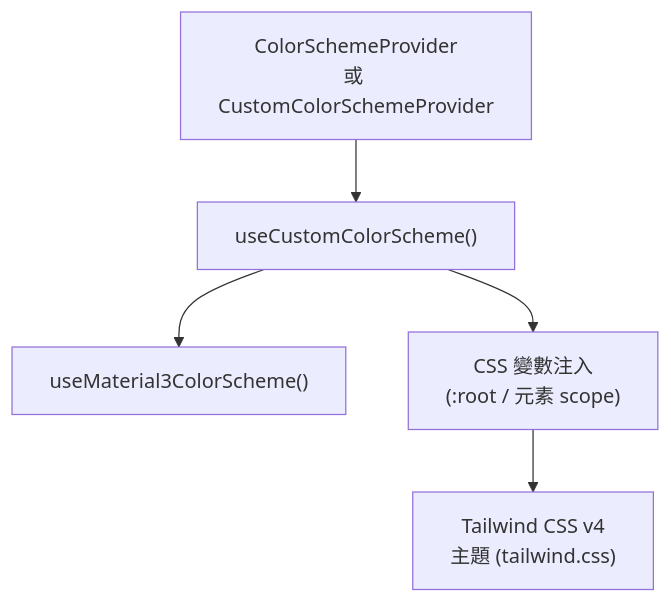
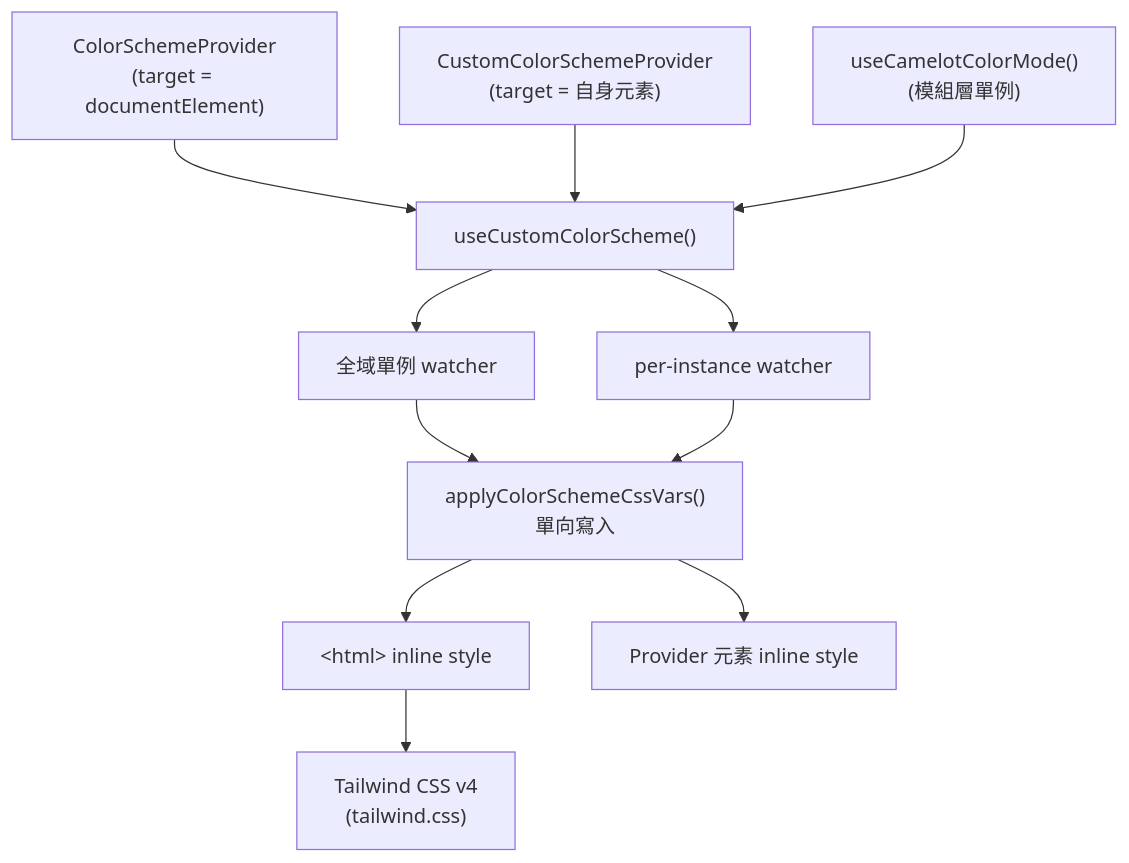
Before and after one commit to KNightING/camelot-nuxt-layer: the diagram in .kn-project/wiki/features/color-scheme.md, drawn with Mermaid. The commit also changed other lines of this file and 13 other files, not shown here.

````diff
--- a/.kn-project/wiki/features/color-scheme.md
+++ b/.kn-project/wiki/features/color-scheme.md
@@ -9,13 +11,24 @@
 ```mermaid
 graph TD
-    Provider["ColorSchemeProvider\n或 CustomColorSchemeProvider"]
+    ColorMode["useCamelotColorMode()\n(模組層單例)"]
+    GlobalProvider["ColorSchemeProvider\n(target = documentElement)"]
+    ScopedProvider["CustomColorSchemeProvider\n(target = 自身元素)"]
     useCustom["useCustomColorScheme()"]
-    useM3["useMaterial3ColorScheme()"]
-    CSS["CSS 變數注入\n(:root / 元素 scope)"]
-    Tailwind["Tailwind CSS v4\n主題 (tailwind.css)"]
+    GlobalWatcher["全域單例 watcher"]
+    ScopedWatcher["per-instance watcher"]
+    Writer["applyColorSchemeCssVars()\n單向寫入"]
+    Html["&lt;html&gt; inline style"]
+    El["Provider 元素 inline style"]
+    Tailwind["Tailwind CSS v4\n(tailwind.css)"]
 
-    Provider --> useCustom
-    useCustom --> useM3
-    useCustom --> CSS
-    CSS --> Tailwind
+    GlobalProvider --> useCustom
+    ScopedProvider --> useCustom
+    ColorMode --> useCustom
+    useCustom --> GlobalWatcher
+    useCustom --> ScopedWatcher
+    GlobalWatcher --> Writer
+    ScopedWatcher --> Writer
+    Writer --> Html
+    Writer --> El
+    Html --> Tailwind
 ```
````
